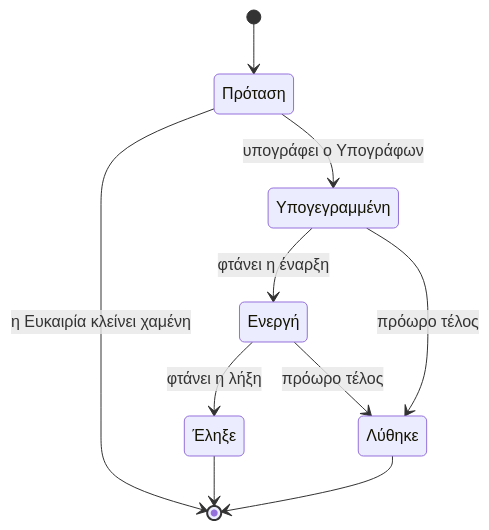
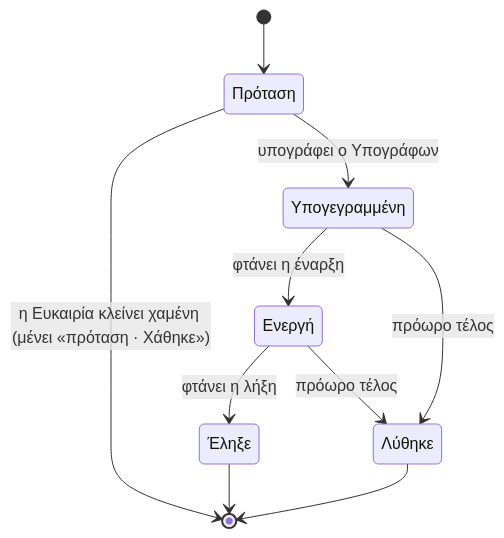
One commit to ntontischris/dmsfinal changed the second of 3 diagrams in docs/blueprint/03-processes/01-backbone.md. Above: the diagram before and after it, drawn with Mermaid. The commit also changed other lines of this file and 4 other files, not shown here.

First line of the commit message:
docs(blueprint): a lost proposal stays «πρόταση · Χάθηκε»

````diff
--- a/docs/blueprint/03-processes/01-backbone.md
+++ b/docs/blueprint/03-processes/01-backbone.md
@@ -83,12 +83,12 @@
 ```mermaid
 stateDiagram-v2
     [*] --> Πρόταση
     Πρόταση --> Υπογεγραμμένη: υπογράφει ο Υπογράφων
-    Πρόταση --> [*]: η Ευκαιρία κλείνει χαμένη
+    Πρόταση --> [*]: η Ευκαιρία κλείνει χαμένη (μένει «πρόταση · Χάθηκε»)
     Υπογεγραμμένη --> Ενεργή: φτάνει η έναρξη
     Ενεργή --> Έληξε: φτάνει η λήξη
     Ενεργή --> Λύθηκε: πρόωρο τέλος
     Υπογεγραμμένη --> Λύθηκε: πρόωρο τέλος
     Έληξε --> [*]
     Λύθηκε --> [*]
 ```
````
